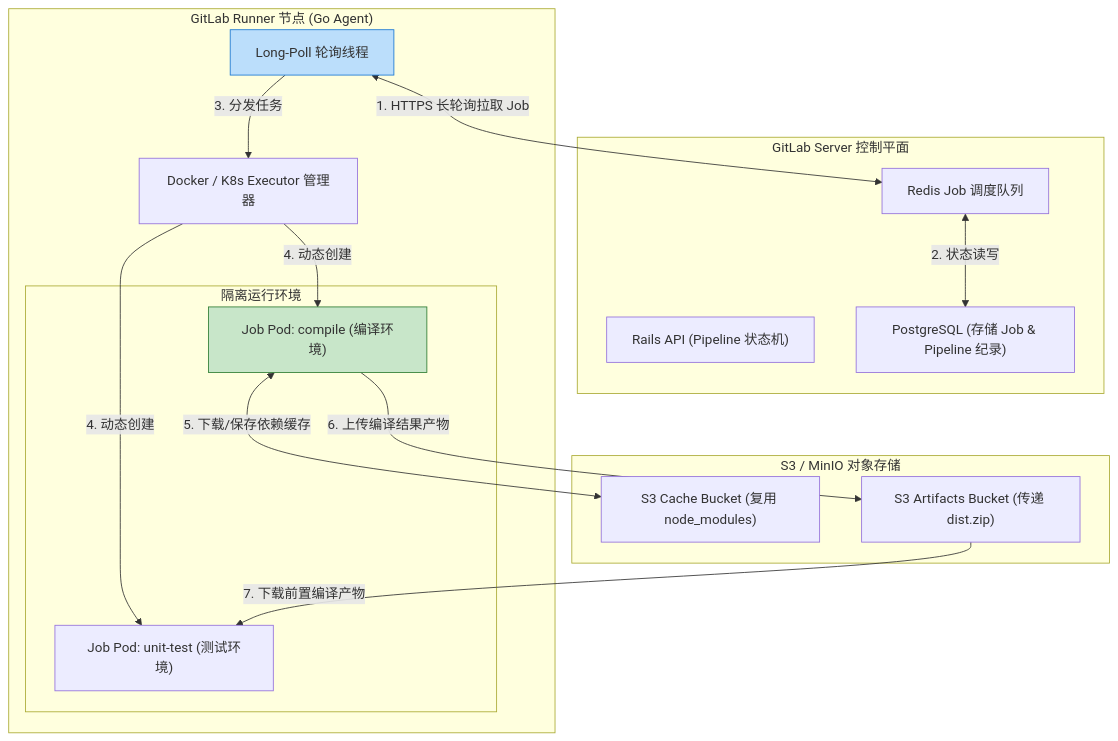
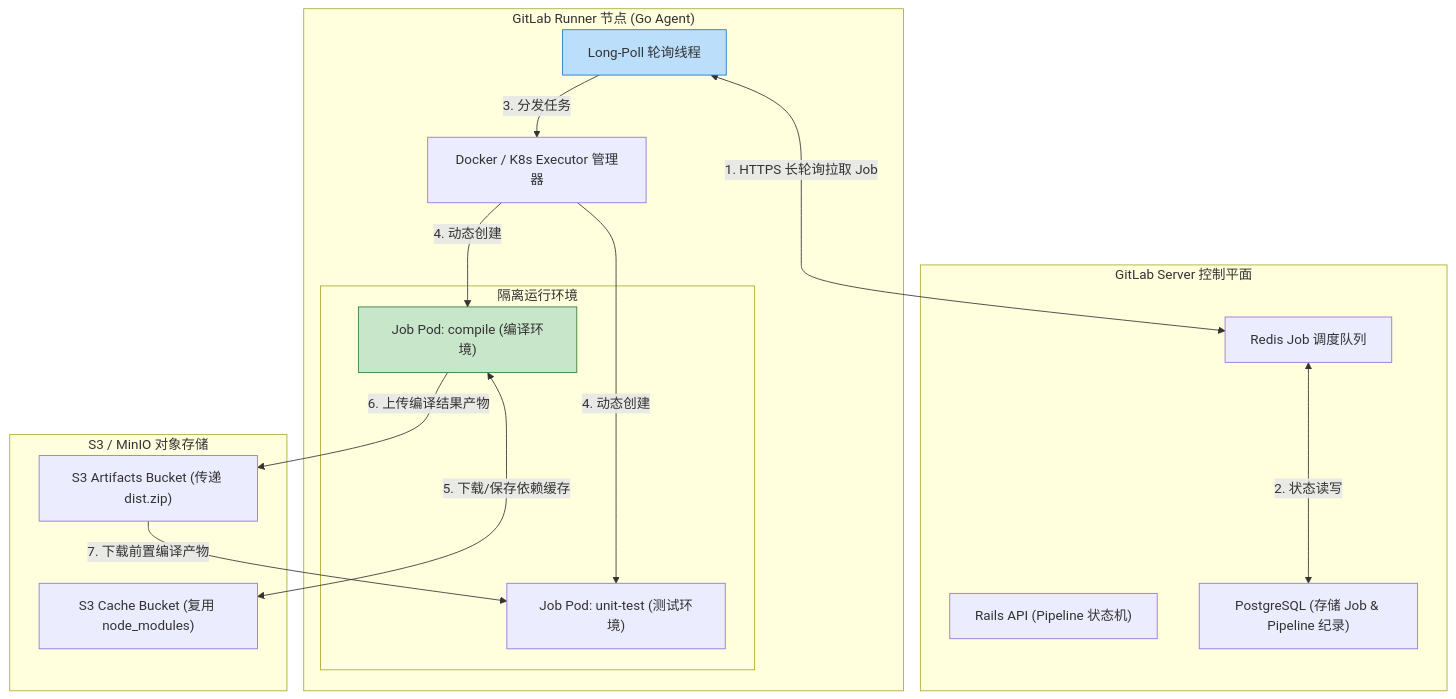
One commit to koosai/AI-Architect-Learning changed the fourth of 6 diagrams in docs/atlas/gitlab-ci.mdx. Above: the diagram before and after it, drawn with Mermaid. The commit also changed other lines of this file and 68 other files, not shown here.

Commit message:
fix(atlas): fix browser client-side Mermaid rendering for mindmaps and flowcharts across 67 case studies

````diff
--- a/docs/atlas/gitlab-ci.mdx
+++ b/docs/atlas/gitlab-ci.mdx
@@ -122,37 +122,37 @@
 ```mermaid
 graph TB
   subgraph GitLabCore["GitLab Server 控制平面"]
     RailsAPI["Rails API (Pipeline 状态机)"]
     JobQueue["Redis Job 调度队列"]
     DbMetadata["PostgreSQL (存储 Job & Pipeline 纪录)"]
   end
 
   subgraph RunnerNode["GitLab Runner 节点 (Go Agent)"]
     PollService["Long-Poll 轮询线程"]
     DockerExec["Docker / K8s Executor 管理器"]
     
     subgraph IsolatedPods["隔离运行环境"]
       BuildJobPod["Job Pod: compile (编译环境)"]
       TestJobPod["Job Pod: unit-test (测试环境)"]
     end
   end
 
   subgraph ObjectStorageServices["S3 / MinIO 对象存储"]
     CacheBucket["S3 Cache Bucket (复用 node_modules)"]
     ArtifactBucket["S3 Artifacts Bucket (传递 dist.zip)"]
   end
 
-  PollService <-->|1. HTTPS 长轮询拉取 Job| JobQueue
-  JobQueue <-->|2. 状态读写| DbMetadata
+  PollService <--->|1. HTTPS 长轮询拉取 Job| JobQueue
+  JobQueue <--->|2. 状态读写| DbMetadata
   
   PollService -->|3. 分发任务| DockerExec
   DockerExec -->|4. 动态创建| BuildJobPod
   DockerExec -->|4. 动态创建| TestJobPod
   
-  BuildJobPod <-->|5. 下载/保存依赖缓存| CacheBucket
+  BuildJobPod <--->|5. 下载/保存依赖缓存| CacheBucket
   BuildJobPod -->|6. 上传编译结果产物| ArtifactBucket
   ArtifactBucket -->|7. 下载前置编译产物| TestJobPod
 
   style PollService fill:#bbdefb,stroke:#1976d2
   style BuildJobPod fill:#c8e6c9,stroke:#2e7d32
 ```
````
